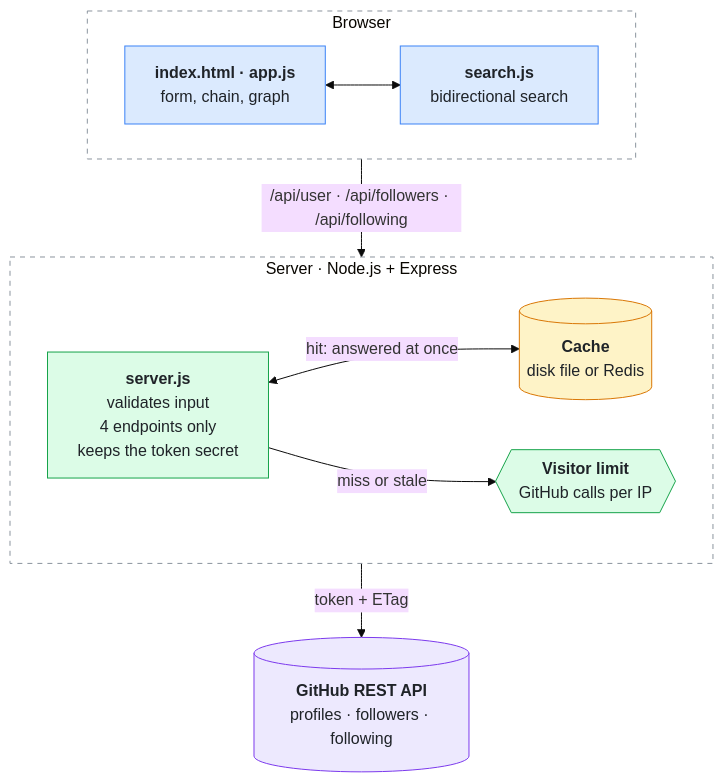
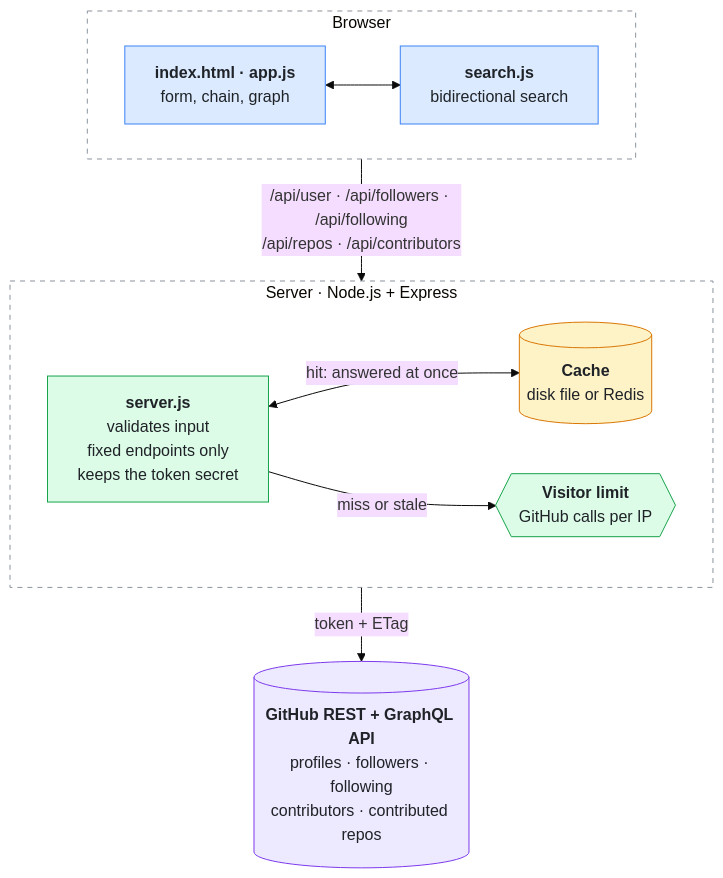
One commit to piyushd12/smallworld changed the first of 2 diagrams in README.md. Above: the diagram before and after it, drawn with Mermaid (base theme). The commit also changed other lines of this file and 11 other files, not shown here.

````diff
--- a/README.md
+++ b/README.md
@@ -66,34 +129,34 @@
 ```mermaid
 flowchart TB
     subgraph browser["Browser"]
         direction LR
         ui["<b>index.html · app.js</b><br/>form, chain, graph"]
         search["<b>search.js</b><br/>bidirectional search"]
         ui <--> search
     end
 
     subgraph server["Server · Node.js + Express"]
         direction LR
-        api["<b>server.js</b><br/>validates input<br/>4 endpoints only<br/>keeps the token secret"]
+        api["<b>server.js</b><br/>validates input<br/>fixed endpoints only<br/>keeps the token secret"]
         cache[("<b>Cache</b><br/>disk file or Redis")]
         limit{{"<b>Visitor limit</b><br/>GitHub calls per IP"}}
         api <-- "hit: answered at once" --> cache
         api -- "miss or stale" --> limit
     end
 
-    github[("<b>GitHub REST API</b><br/>profiles · followers · following")]
+    github[("<b>GitHub REST + GraphQL API</b><br/>profiles · followers · following<br/>contributors · contributed repos")]
 
-    search -- "/api/user · /api/followers · /api/following" --> api
+    search -- "/api/user · /api/followers · /api/following<br/>/api/repos · /api/contributors" --> api
     limit -- "token + ETag" --> github
 
     classDef client fill:#dbeafe,stroke:#3b82f6,color:#1f2328
     classDef app fill:#dcfce7,stroke:#16a34a,color:#1f2328
     classDef store fill:#fef3c7,stroke:#d97706,color:#1f2328
     classDef ext fill:#ede9fe,stroke:#7c3aed,color:#1f2328
     class ui,search client
     class api,limit app
     class cache store
     class github ext
     style browser fill:none,stroke:#8b949e,stroke-dasharray:5 5
     style server fill:none,stroke:#8b949e,stroke-dasharray:5 5
 ```
````
